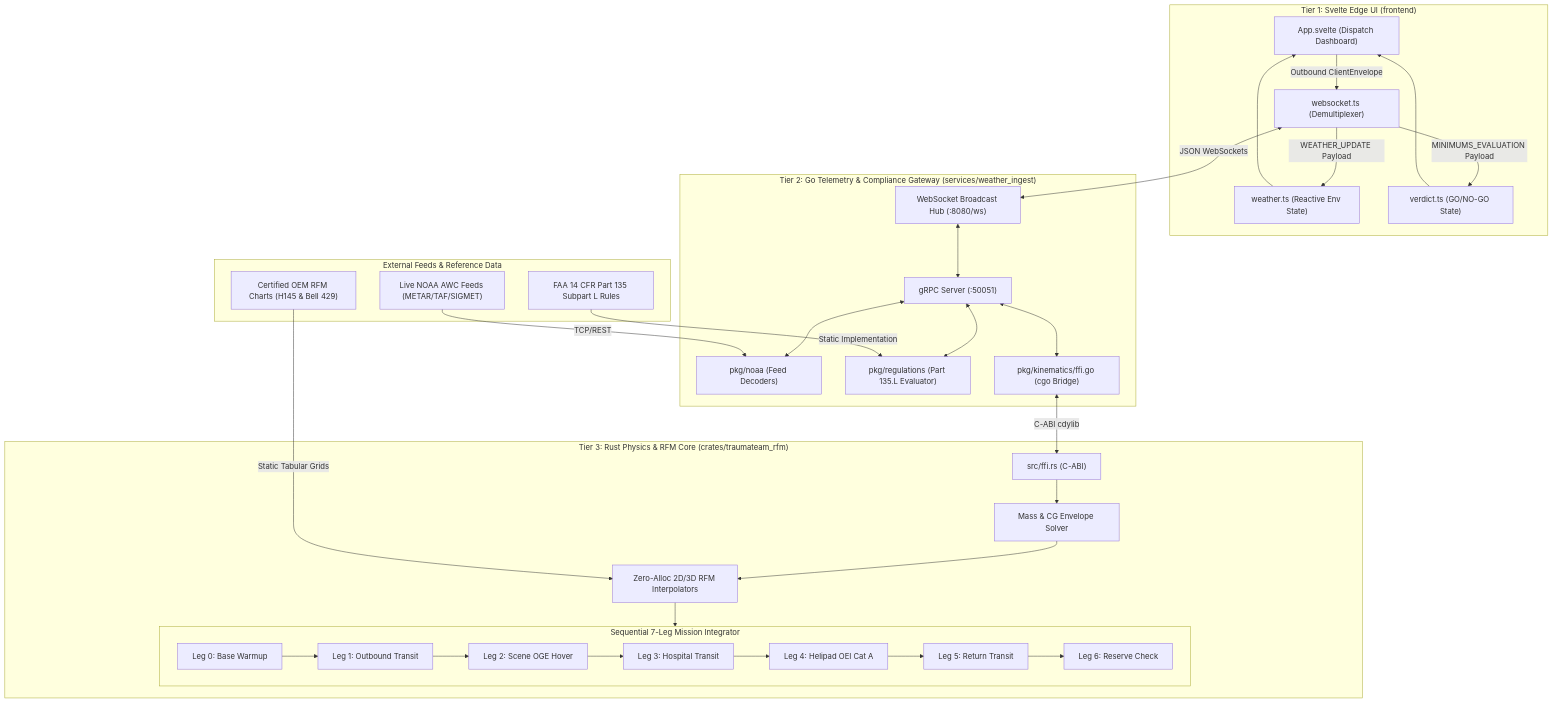
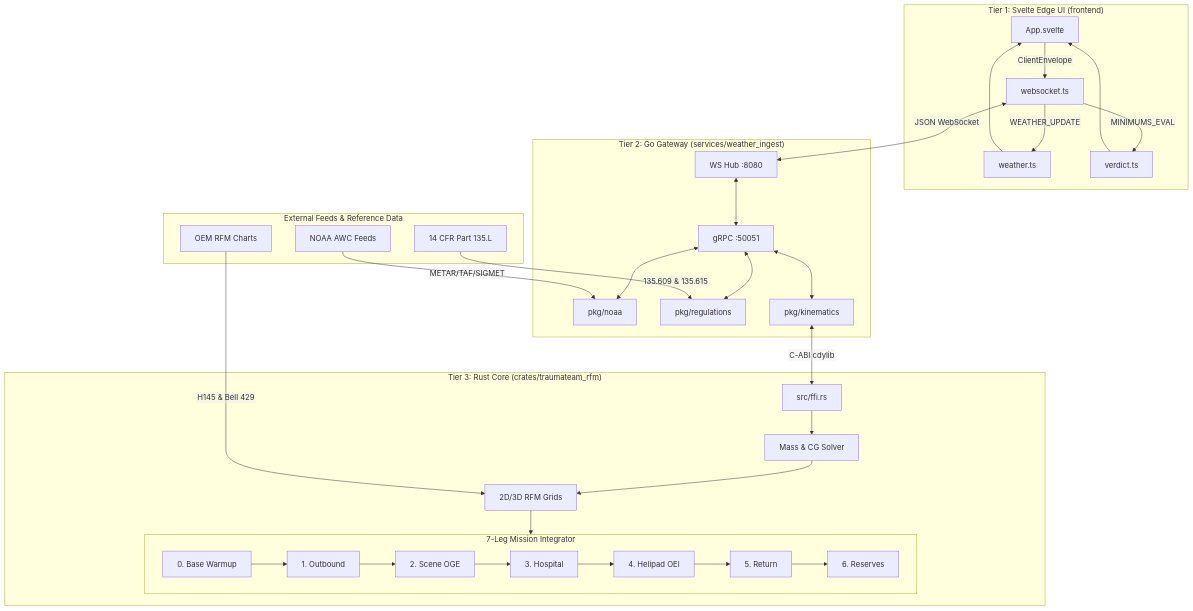
The diagram in README.md (Cappuccino-san/Trauma-Team), drawn with Mermaid before and after one commit.

Commit message:
Disable Mermaid htmlLabels and cap node label lengths at <=16 chars to prevent SVG foreignObject clipping

````diff
--- a/README.md
+++ b/README.md
@@ -19,65 +19,66 @@
 ```mermaid
+%%{init: {'flowchart': {'htmlLabels': false}}}%%
 graph TD
     %% Data Inputs
     subgraph External["External Feeds & Reference Data"]
-        NOAA["Live NOAA AWC Feeds (METAR/TAF/SIGMET)"]
-        FAA["FAA 14 CFR Part 135 Subpart L Rules"]
-        OEM["Certified OEM RFM Charts (H145 & Bell 429)"]
+        NOAA["NOAA AWC Feeds"]
+        FAA["14 CFR Part 135.L"]
+        OEM["OEM RFM Charts"]
     end
 
     %% Tier 1: Svelte Edge UI
     subgraph UI["Tier 1: Svelte Edge UI (frontend)"]
-        App["App.svelte (Dispatch Dashboard)"]
-        WSRouter["websocket.ts (Demultiplexer)"]
-        WeatherStore["weather.ts (Reactive Env State)"]
-        VerdictStore["verdict.ts (GO/NO-GO State)"]
+        App["App.svelte"]
+        WSRouter["websocket.ts"]
+        WeatherStore["weather.ts"]
+        VerdictStore["verdict.ts"]
         
-        App -->|Outbound ClientEnvelope| WSRouter
-        WSRouter -->|WEATHER_UPDATE Payload| WeatherStore
-        WSRouter -->|MINIMUMS_EVALUATION Payload| VerdictStore
+        App -->|ClientEnvelope| WSRouter
+        WSRouter -->|WEATHER_UPDATE| WeatherStore
+        WSRouter -->|MINIMUMS_EVAL| VerdictStore
         WeatherStore --> App
         VerdictStore --> App
     end
 
     %% Tier 2: Go Telemetry Gateway
-    subgraph Go["Tier 2: Go Telemetry & Compliance Gateway (services/weather_ingest)"]
-        WSHub["WebSocket Broadcast Hub (:8080/ws)"]
-        GRPC["gRPC Server (:50051)"]
-        NOAADecoder["pkg/noaa (Feed Decoders)"]
-        Regs["pkg/regulations (Part 135.L Evaluator)"]
-        CGOBridge["pkg/kinematics/ffi.go (cgo Bridge)"]
+    subgraph Go["Tier 2: Go Gateway (services/weather_ingest)"]
+        WSHub["WS Hub :8080"]
+        GRPC["gRPC :50051"]
+        NOAADecoder["pkg/noaa"]
+        Regs["pkg/regulations"]
+        CGOBridge["pkg/kinematics"]
         
         WSHub <--> GRPC
         GRPC <--> NOAADecoder
         GRPC <--> Regs
         GRPC <--> CGOBridge
     end
 
     %% Tier 3: Rust Physics Core
-    subgraph Rust["Tier 3: Rust Physics & RFM Core (crates/traumateam_rfm)"]
-        FFI["src/ffi.rs (C-ABI)"]
-        Mass["Mass & CG Envelope Solver"]
-        Interp["Zero-Alloc 2D/3D RFM Interpolators"]
+    subgraph Rust["Tier 3: Rust Core (crates/traumateam_rfm)"]
+        FFI["src/ffi.rs"]
+        Mass["Mass & CG Solver"]
+        Interp["2D/3D RFM Grids"]
         
-        subgraph LegIntegrator["Sequential 7-Leg Mission Integrator"]
-            L0["Leg 0: Base Warmup"] --> L1["Leg 1: Outbound Transit"]
-            L1 --> L2["Leg 2: Scene OGE Hover"]
-            L2 --> L3["Leg 3: Hospital Transit"]
-            L3 --> L4["Leg 4: Helipad OEI Cat A"]
-            L4 --> L5["Leg 5: Return Transit"]
-            L5 --> L6["Leg 6: Reserve Check"]
+        subgraph LegIntegrator["7-Leg Mission Integrator"]
+            L0["0. Base Warmup"] --> L1["1. Outbound"]
+            L1 --> L2["2. Scene OGE"]
+            L2 --> L3["3. Hospital"]
+            L3 --> L4["4. Helipad OEI"]
+            L4 --> L5["5. Return"]
+            L5 --> L6["6. Reserves"]
         end
         
         FFI --> Mass
         Mass --> Interp
         Interp --> LegIntegrator
     end
 
     %% Cross-Boundary Connections
-    NOAA -->|TCP/REST| NOAADecoder
-    FAA -->|Static Implementation| Regs
-    OEM -->|Static Tabular Grids| Interp
+    NOAA -->|METAR/TAF/SIGMET| NOAADecoder
+    FAA -->|135.609 & 135.615| Regs
+    OEM -->|H145 & Bell 429| Interp
     
-    WSRouter <-->|JSON WebSockets| WSHub
+    WSRouter <-->|JSON WebSocket| WSHub
     CGOBridge <-->|C-ABI cdylib| FFI
 ```
````
